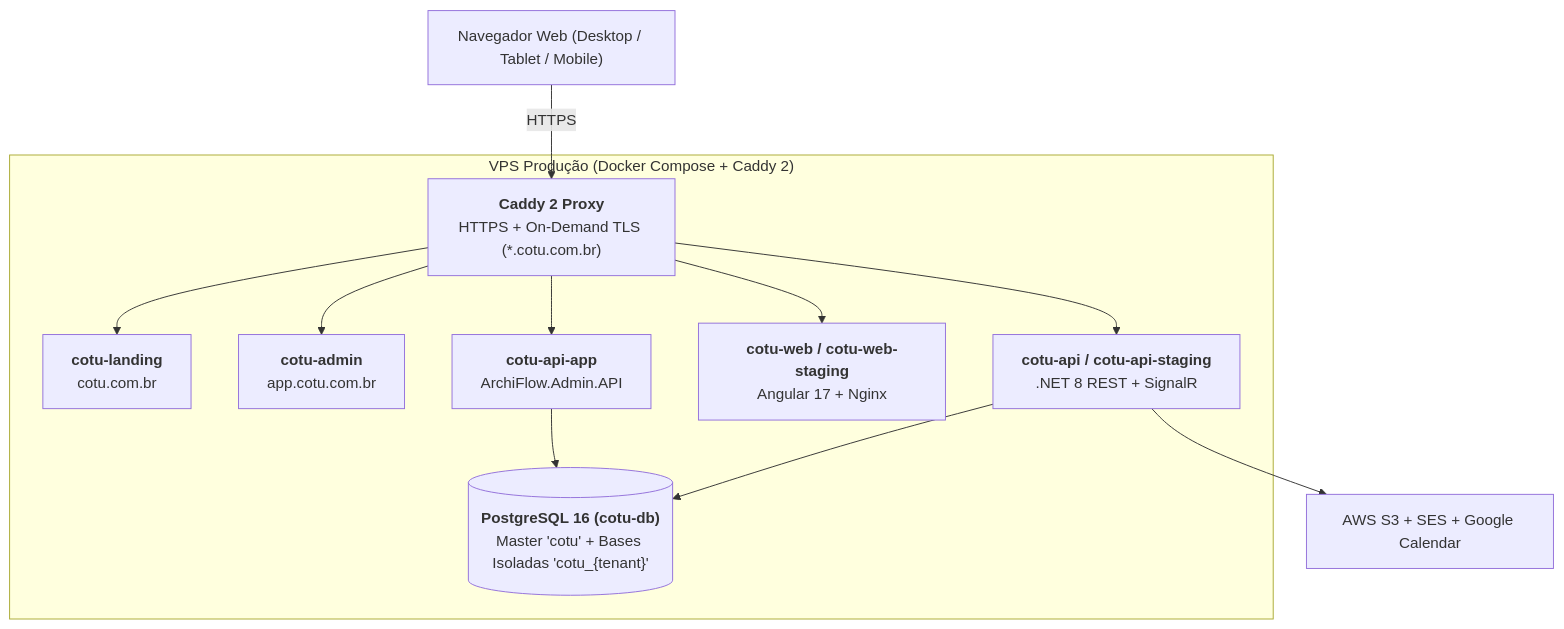
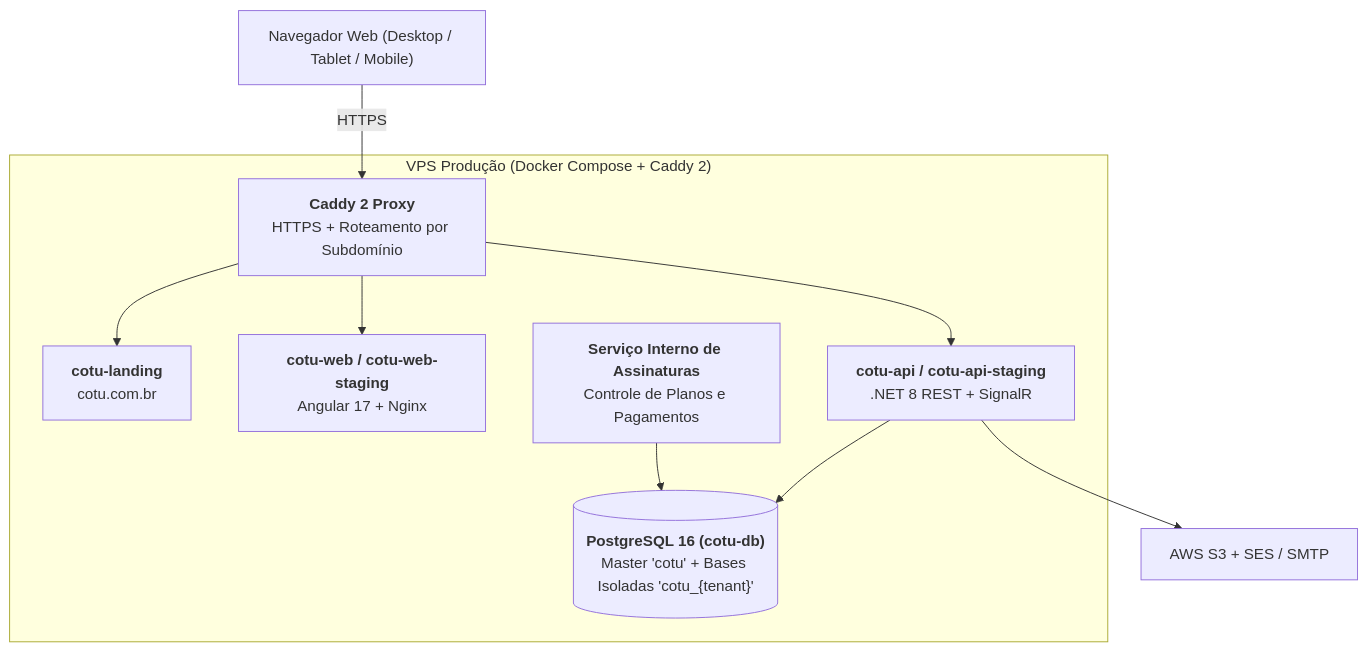
One commit to GabrielBandoch/ArchiFlow.API changed the second of 3 diagrams in wiki/Arquitetura.md. Above: the diagram before and after it, drawn with Mermaid. The commit also changed other lines of this file and 7 other files, not shown here.

````diff
--- a/wiki/Arquitetura.md
+++ b/wiki/Arquitetura.md
@@ -57,26 +53,23 @@
 ```mermaid
 graph TD
     Browser["Navegador Web (Desktop / Tablet / Mobile)"]
 
     subgraph VPS["VPS Produção (Docker Compose + Caddy 2)"]
-        Caddy["<b>Caddy 2 Proxy</b><br/>HTTPS + On-Demand TLS (*.cotu.com.br)"]
+        Caddy["<b>Caddy 2 Proxy</b><br/>HTTPS + Roteamento por Subdomínio"]
         Landing["<b>cotu-landing</b><br/>cotu.com.br"]
-        AdminWeb["<b>cotu-admin</b><br/>app.cotu.com.br"]
-        AdminAPI["<b>cotu-api-app</b><br/>ArchiFlow.Admin.API"]
         Web["<b>cotu-web / cotu-web-staging</b><br/>Angular 17 + Nginx"]
         API["<b>cotu-api / cotu-api-staging</b><br/>.NET 8 REST + SignalR"]
+        Billing["<b>Serviço Interno de Assinaturas</b><br/>Controle de Planos e Pagamentos"]
         DB[("<b>PostgreSQL 16 (cotu-db)</b><br/>Master 'cotu' + Bases Isoladas 'cotu_{tenant}'")]
     end
 
-    Cloud["AWS S3 + SES + Google Calendar"]
+    Cloud["AWS S3 + SES / SMTP"]
 
     Browser -->|HTTPS| Caddy
     Caddy --> Landing
-    Caddy --> AdminWeb
-    Caddy --> AdminAPI
     Caddy --> Web
     Caddy --> API
-    AdminAPI --> DB
+    Billing --> DB
     API --> DB
     API --> Cloud
 ```
````
